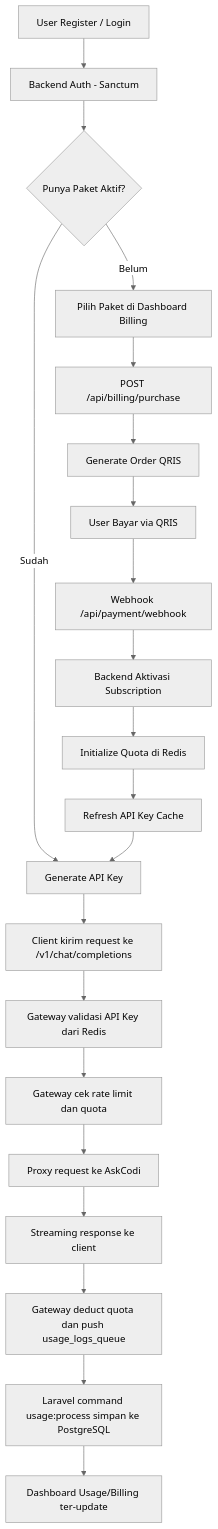
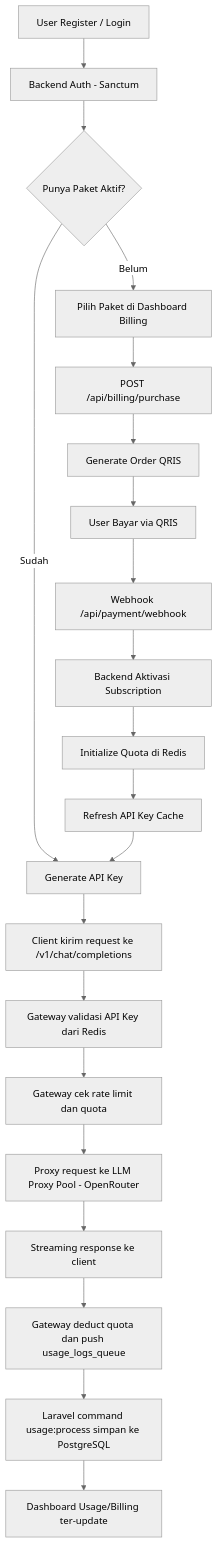
One commit to radacore/llmore changed the second of 2 diagrams in README.md. Above: the diagram before and after it, drawn with Mermaid (neutral theme). The commit also changed other lines of this file and 33 other files, not shown here.

First line of the commit message:
refactor(infra): ganti upstream AskCodi dengan llm-proxy pool internal

````diff
--- a/README.md
+++ b/README.md
@@ -72,25 +74,25 @@
 ```mermaid
 flowchart TD
     A[User Register / Login] --> B[Backend Auth - Sanctum]
     B --> C{Punya Paket Aktif?}
 
     C -->|Belum| D[Pilih Paket di Dashboard Billing]
     D --> E[POST /api/billing/purchase]
     E --> F[Generate Order QRIS]
     F --> G[User Bayar via QRIS]
     G --> H[Webhook /api/payment/webhook]
     H --> I[Backend Aktivasi Subscription]
     I --> J[Initialize Quota di Redis]
     J --> K[Refresh API Key Cache]
 
     C -->|Sudah| L[Generate API Key]
     K --> L
     L --> M[Client kirim request ke /v1/chat/completions]
     M --> N[Gateway validasi API Key dari Redis]
     N --> O[Gateway cek rate limit dan quota]
-    O --> P[Proxy request ke AskCodi]
+    O --> P[Proxy request ke LLM Proxy Pool - OpenRouter]
     P --> Q[Streaming response ke client]
     Q --> R[Gateway deduct quota dan push usage_logs_queue]
     R --> S[Laravel command usage:process simpan ke PostgreSQL]
     S --> T[Dashboard Usage/Billing ter-update]
 ```
````
